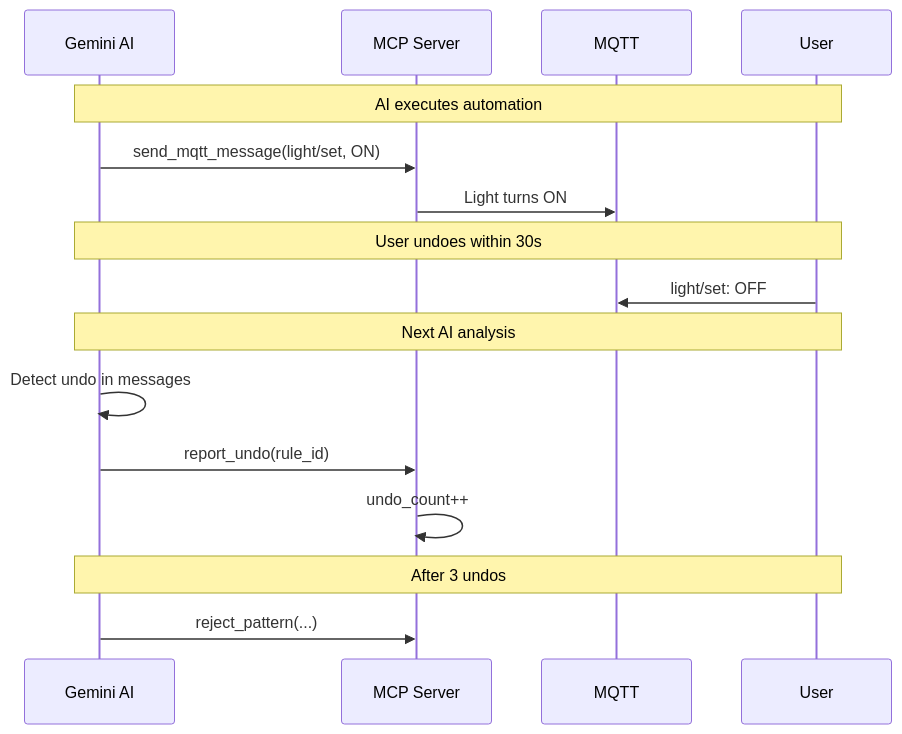
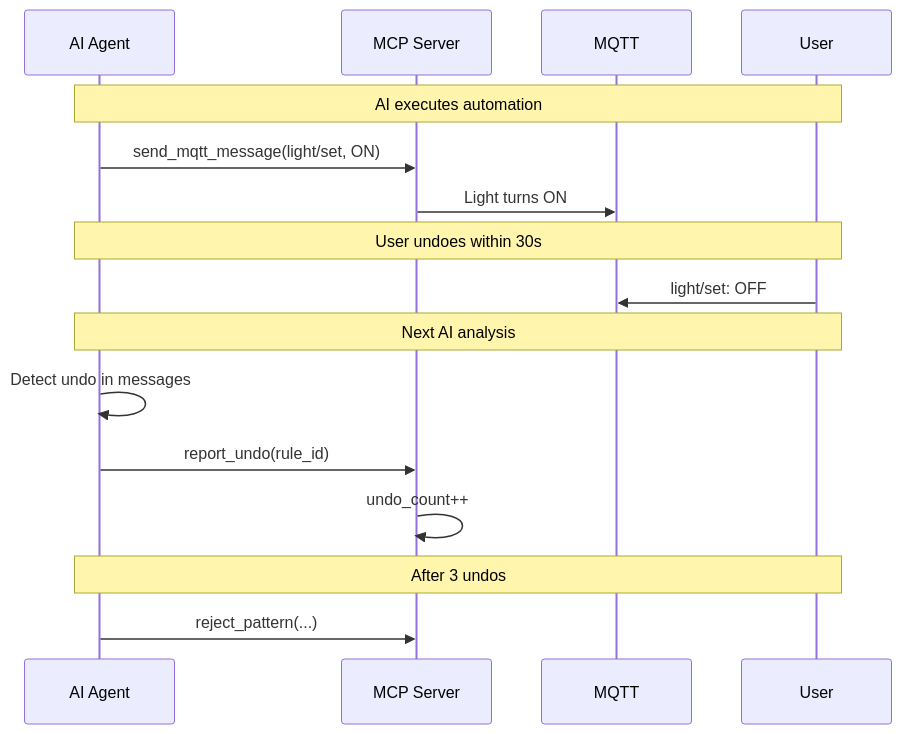
The third of 3 diagrams in README.md (mvklingeren/mqtt2ai), drawn with Mermaid before and after one commit. The commit also changed other lines of this file and 4 other files, not shown here.

````diff
--- a/README.md
+++ b/README.md
@@ -197,22 +197,22 @@
 ```mermaid
 sequenceDiagram
-    participant AI as Gemini AI
+    participant AI as AI Agent
     participant MCP as MCP Server
     participant MQTT
     participant User
 
     Note over AI,User: AI executes automation
     AI->>MCP: send_mqtt_message(light/set, ON)
     MCP->>MQTT: Light turns ON
     
     Note over AI,User: User undoes within 30s
     User->>MQTT: light/set: OFF
     
     Note over AI,User: Next AI analysis
     AI->>AI: Detect undo in messages
     AI->>MCP: report_undo(rule_id)
     MCP->>MCP: undo_count++ 
     
     Note over AI,User: After 3 undos
     AI->>MCP: reject_pattern(...)
 ```
````
